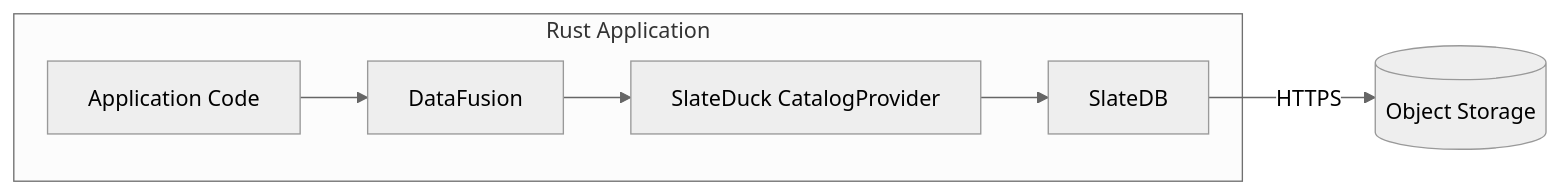
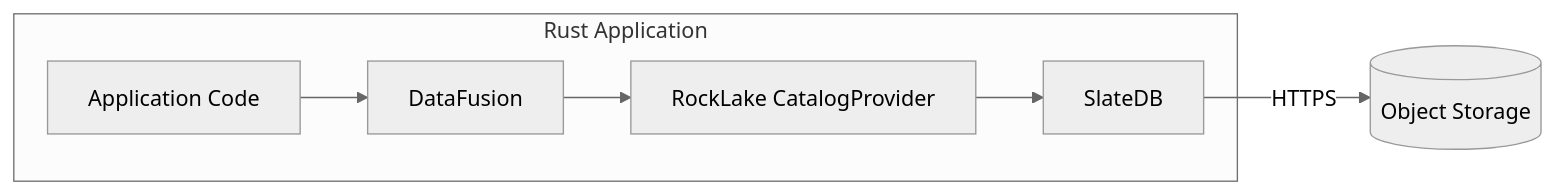
The sixth of 6 diagrams in docs/architecture/overview.md (trickle-labs/rocklake), drawn with Mermaid (neutral theme) before and after one commit. The commit also changed other lines of this file and 398 other files, not shown here.

First line of the commit message:
rename: SlateDuck -> RockLake across entire codebase (#48)

````diff
--- a/docs/architecture/overview.md
+++ b/docs/architecture/overview.md
@@ -256,9 +256,9 @@
 ```mermaid
 graph LR
     subgraph "Rust Application"
         APP[Application Code] --> DF[DataFusion]
-        DF --> CAT[SlateDuck CatalogProvider]
+        DF --> CAT[RockLake CatalogProvider]
         CAT --> SDB[SlateDB]
     end
     SDB -->|HTTPS| S3[(Object Storage)]
 ```
````
